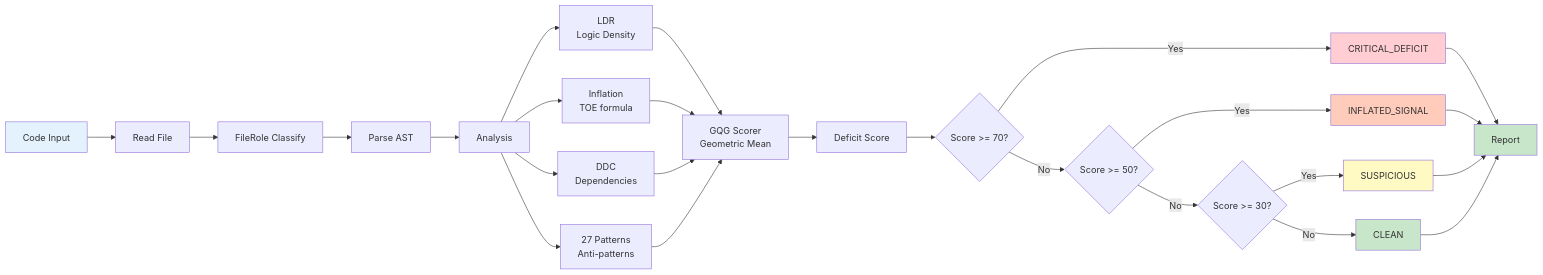
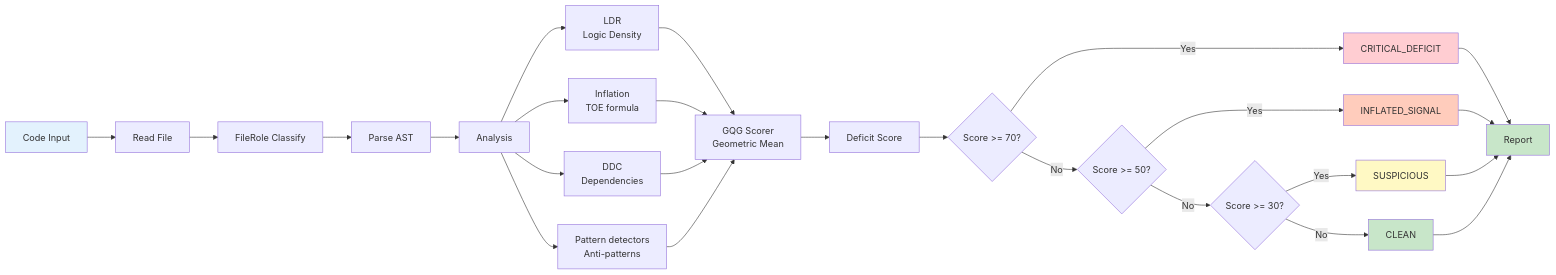
The second of 14 diagrams in docs/HOW_IT_WORKS.md (flamehaven01/AI-SLOP-Detector), drawn with Mermaid before and after one commit. The commit also changed other lines of this file, not shown here.

````diff
--- a/docs/HOW_IT_WORKS.md
+++ b/docs/HOW_IT_WORKS.md
@@ -68,39 +68,39 @@
 ```mermaid
 flowchart LR
     A[Code Input] --> B[Read File]
     B --> RC[FileRole Classify]
     RC --> C[Parse AST]
     C --> D[Analysis]
 
     D --> E1[LDR<br/>Logic Density]
     D --> E2[Inflation<br/>TOE formula]
     D --> E3[DDC<br/>Dependencies]
-    D --> E4[27 Patterns<br/>Anti-patterns]
+    D --> E4[Pattern detectors<br/>Anti-patterns]
 
     E1 --> F[GQG Scorer<br/>Geometric Mean]
     E2 --> F
     E3 --> F
     E4 --> F
 
     F --> G[Deficit Score]
     G --> H{Score >= 70?}
 
     H -->|Yes| I[CRITICAL_DEFICIT]
     H -->|No| J{Score >= 50?}
     J -->|Yes| JJ[INFLATED_SIGNAL]
     J -->|No| K{Score >= 30?}
     K -->|Yes| KK[SUSPICIOUS]
     K -->|No| L[CLEAN]
 
     I --> M[Report]
     JJ --> M
     KK --> M
     L --> M
 
     style A fill:#e3f2fd
     style M fill:#c8e6c9
     style I fill:#ffcdd2
     style JJ fill:#ffccbc
     style KK fill:#fff9c4
     style L fill:#c8e6c9
 ```
````
